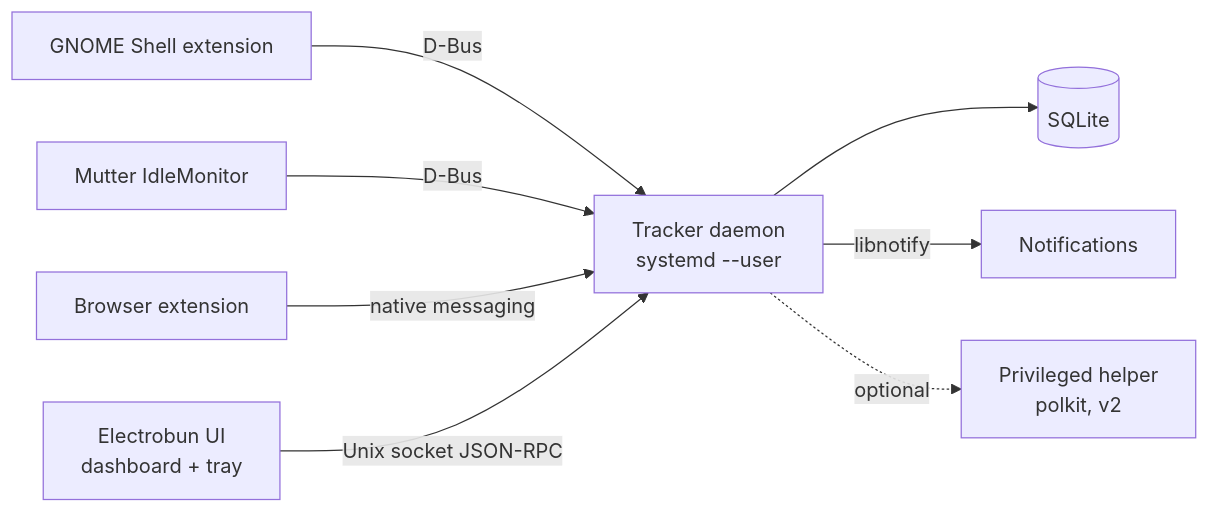
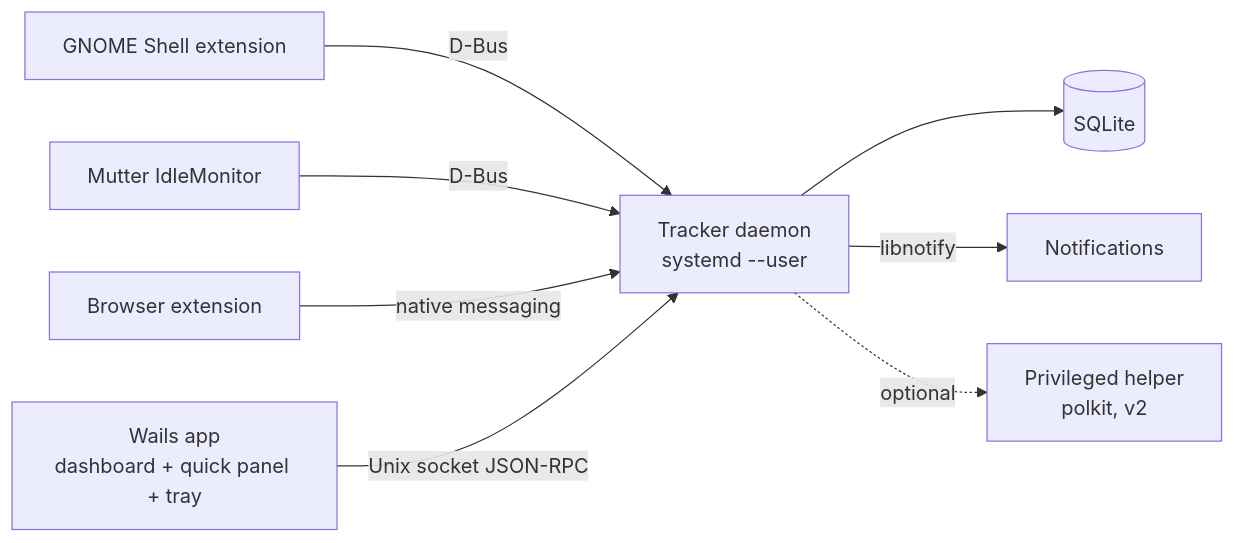
The diagram in docs/architecture.md (akkki007/screentime-app), drawn with Mermaid before and after one commit. The commit also changed other lines of this file and 9 other files, not shown here.

First line of the commit message:
docs: ADR 9 (Wails v3 shell), frontend README, and updates for the Go app

````diff
--- a/docs/architecture.md
+++ b/docs/architecture.md
@@ -18,10 +18,10 @@
 ```mermaid
 flowchart LR
   GX[GNOME Shell extension] -- D-Bus --> D
   IDLE[Mutter IdleMonitor] -- D-Bus --> D
   BX[Browser extension] -- native messaging --> D
   D[Tracker daemon<br/>systemd --user] --> DB[(SQLite)]
   D -- libnotify --> N[Notifications]
-  UI[Electrobun UI<br/>dashboard + tray] -- Unix socket JSON-RPC --> D
+  UI[Wails app<br/>dashboard + quick panel + tray] -- Unix socket JSON-RPC --> D
   D -. optional .-> P[Privileged helper<br/>polkit, v2]
 ```
````
